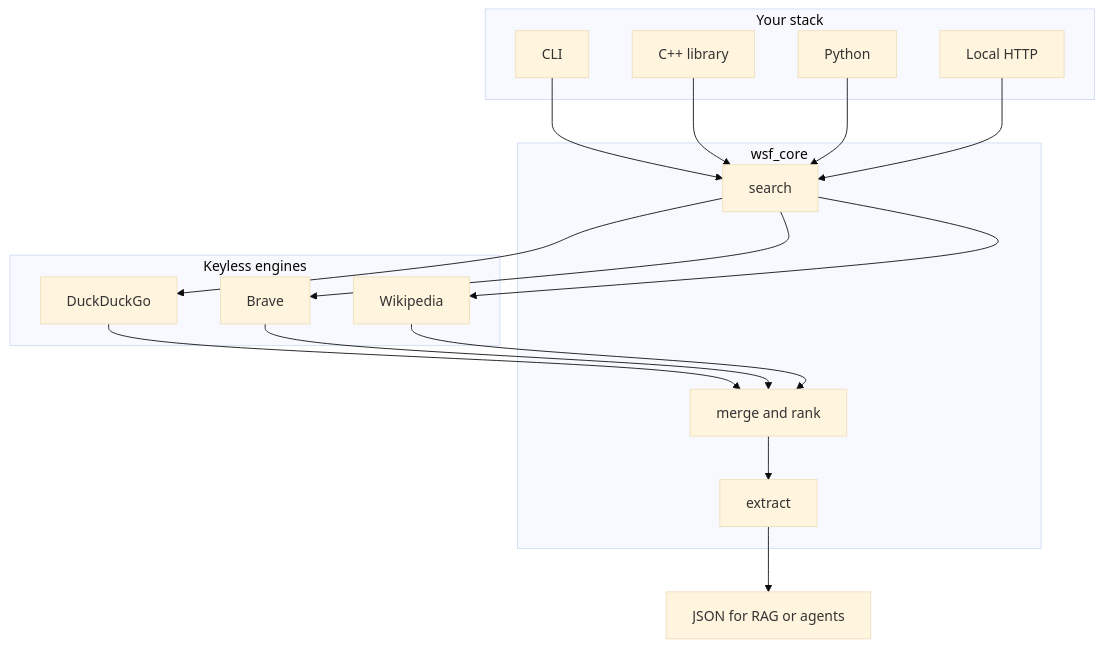
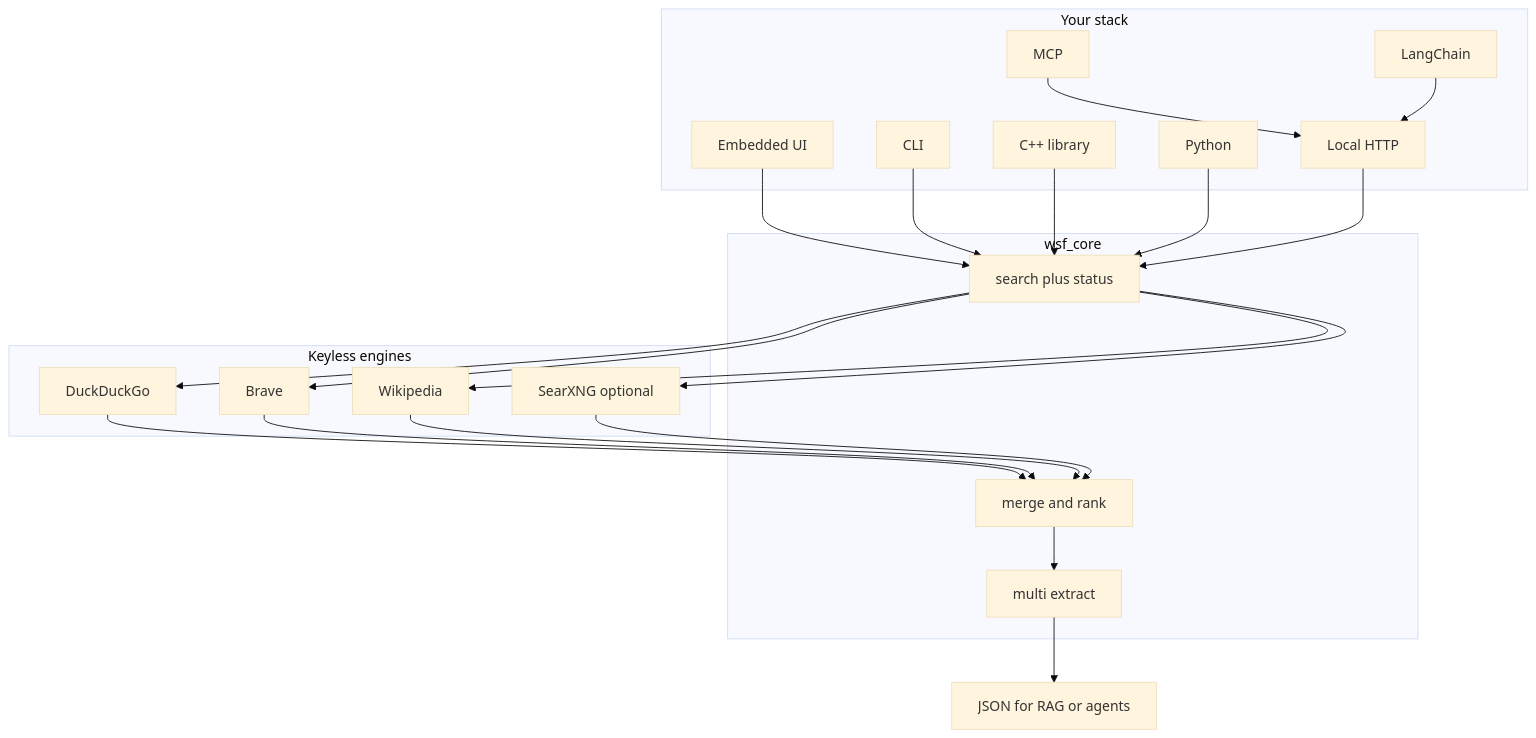
Before and after one commit to drmikecrypto/WebSearchFree: the first of 3 diagrams in README.md, drawn with Mermaid (base theme). The commit also changed other lines of this file and 33 other files, not shown here.

First line of the commit message:
Release v0.2: trustworthy status, multi-extract, UI/MCP/Docker.

````diff
--- a/README.md
+++ b/README.md
@@ -11,34 +11,43 @@
 ```mermaid
 flowchart TB
   subgraph clients [Your stack]
+    UI[Embedded UI]
     CLI[CLI]
     CPP[C++ library]
     PY[Python]
     HTTP[Local HTTP]
+    MCP[MCP]
+    LC[LangChain]
   end
 
   subgraph core [wsf_core]
-    Search[search]
-    Extract[extract]
+    Search[search plus status]
+    Extract[multi extract]
     Rank[merge and rank]
   end
 
   subgraph engines [Keyless engines]
     DDG[DuckDuckGo]
     Brave[Brave]
     Wiki[Wikipedia]
+    Searx[SearXNG optional]
   end
 
+  UI --> Search
   CLI --> Search
   CPP --> Search
   PY --> Search
   HTTP --> Search
+  MCP --> HTTP
+  LC --> HTTP
   Search --> DDG
   Search --> Brave
   Search --> Wiki
+  Search --> Searx
   DDG --> Rank
   Brave --> Rank
   Wiki --> Rank
+  Searx --> Rank
   Rank --> Extract
   Extract --> Out[JSON for RAG or agents]
 ```
````
